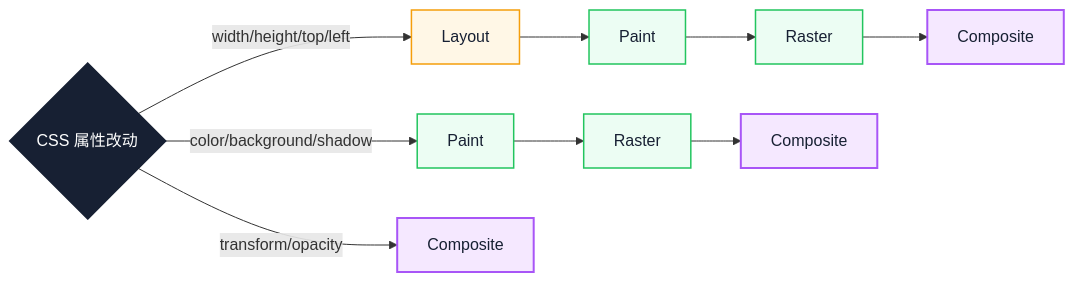
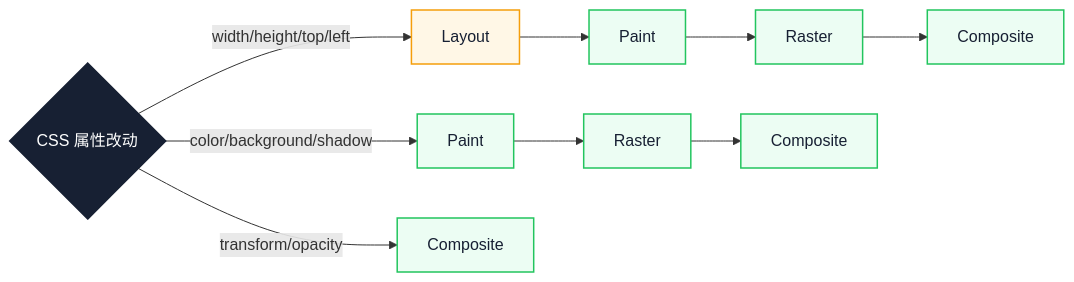
Before and after one commit to Fatejian/frontier-vault: the second of 2 diagrams in docs/performance/rendering-pitfalls.md, drawn with Mermaid. The commit also changed other lines of this file and 41 other files, not shown here.

````diff
--- a/docs/performance/rendering-pitfalls.md
+++ b/docs/performance/rendering-pitfalls.md
@@ -124,27 +113,23 @@
 ```mermaid
-%%{init: {'theme': 'base', 'themeVariables': { 'fontFamily': 'Inter, PingFang SC, Microsoft YaHei, sans-serif', 'primaryColor': '#F8FAFC', 'primaryTextColor': '#172033', 'primaryBorderColor': '#CBD5E1', 'lineColor': '#64748B, 'fontSize': '13px'}}}%%
 flowchart LR
-    Change{CSS 属性改动}
+    Change{"CSS 属性改动"}
 
     Change -->|width/height/top/left| Layout[Layout]
     Change -->|color/background/shadow| Paint[Paint]
     Change -->|transform/opacity| Composite[Composite]
 
     Layout --> Paint2[Paint]
     Paint2 --> Raster[Raster]
     Raster --> Composite2[Composite]
 
     Paint --> Raster2[Raster]
     Raster2 --> Composite3[Composite]
 
-    classDef trigger fill:#172033,color:#fff,stroke:#172033,stroke-width:2px;
-    classDef layout fill:#FFF7E6,stroke:#F59E0B,color:#172033,stroke-width:1.5px;
-    classDef paint fill:#ECFDF3,stroke:#22C55E,color:#172033,stroke-width:1.5px;
-    classDef composite fill:#F5E8FF,stroke:#A855F7,color:#172033,stroke-width:2px;
+    classDef core fill:#172033,color:#fff,stroke:#172033,stroke-width:2px;
+    classDef block fill:#FFF7E6,stroke:#F59E0B,color:#172033,stroke-width:1.5px;
+    classDef work fill:#ECFDF3,stroke:#22C55E,color:#172033,stroke-width:1.5px;
 
-    class Change trigger;
-    class Layout layout;
-    class Paint,Paint2 paint;
-    class Raster,Raster2 paint;
-    class Composite,Composite2,Composite3 composite;
+    class Change core;
+    class Layout block;
+    class Paint,Paint2,Raster,Raster2,Composite,Composite2,Composite3 work;
 ```
````
